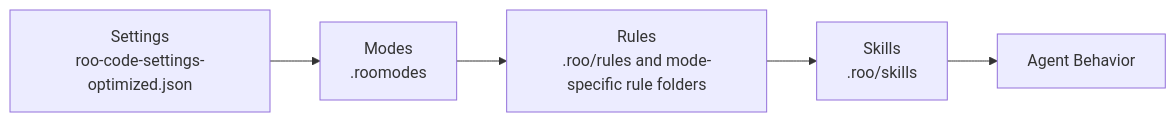
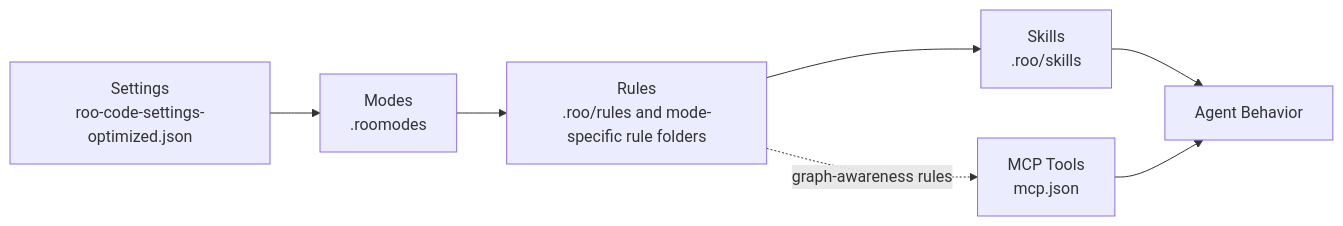
Before and after one commit to manhthien2005/roo_code_setting: the diagram in docs/architecture.md, drawn with Mermaid. The commit also changed other lines of this file and 14 other files, not shown here.

First line of the commit message:
feat(graph): integrate code-review-graph MCP for knowledge graph support

````diff
--- a/docs/architecture.md
+++ b/docs/architecture.md
@@ -7,10 +7,13 @@
 ```mermaid
 flowchart LR
     A[Settings\nroo-code-settings-optimized.json]
     B[Modes\n.roomodes]
     C[Rules\n.roo/rules and mode-specific rule folders]
     D[Skills\n.roo/skills]
+    M[MCP Tools\nmcp.json]
     E[Agent Behavior]
 
     A --> B --> C --> D --> E
+    M --> E
+    C -.->|graph-awareness rules| M
 ```
````
